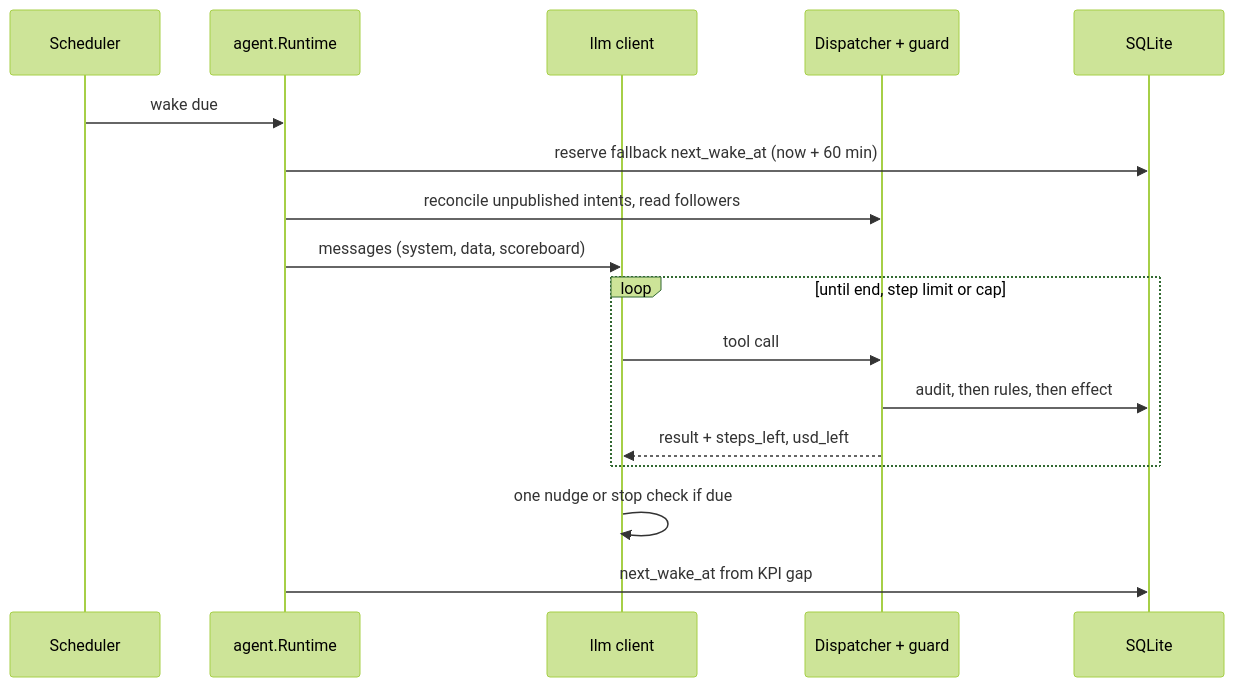
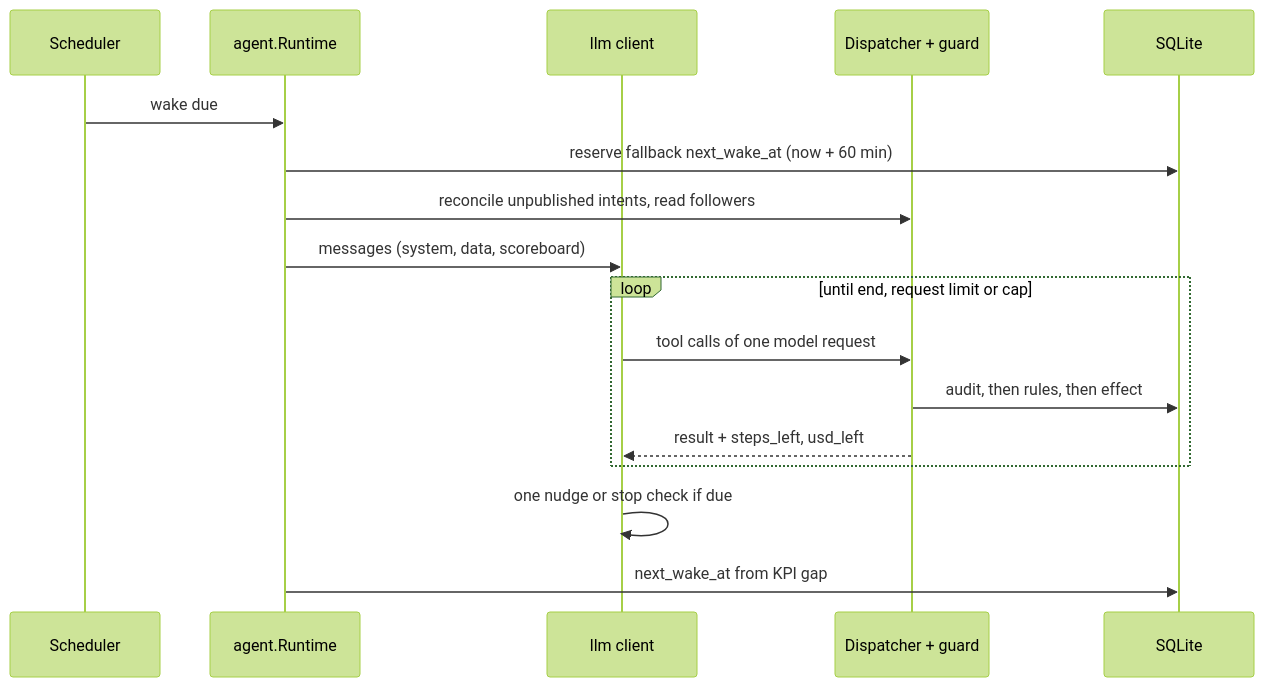
Before and after one commit to canhta/threadwalker: the diagram in docs/wake.md, drawn with Mermaid (forest theme). The commit also changed other lines of this file and 21 other files, not shown here.

Commit message:
Steps are model requests; refusal counter closes a tool on the 3rd refusal; read caps for read_feed and fetch_trends; tool results clipped to 6 KB

````diff
--- a/docs/wake.md
+++ b/docs/wake.md
@@ -7,19 +7,19 @@
 ```mermaid
 sequenceDiagram
   participant S as Scheduler
   participant R as agent.Runtime
   participant L as llm client
   participant D as Dispatcher + guard
   participant DB as SQLite
   S->>R: wake due
   R->>DB: reserve fallback next_wake_at (now + 60 min)
   R->>D: reconcile unpublished intents, read followers
   R->>L: messages (system, data, scoreboard)
-  loop until end, step limit or cap
-    L->>D: tool call
+  loop until end, request limit or cap
+    L->>D: tool calls of one model request
     D->>DB: audit, then rules, then effect
     D-->>L: result + steps_left, usd_left
   end
   L->>L: one nudge or stop check if due
   R->>DB: next_wake_at from KPI gap
 ```
````
